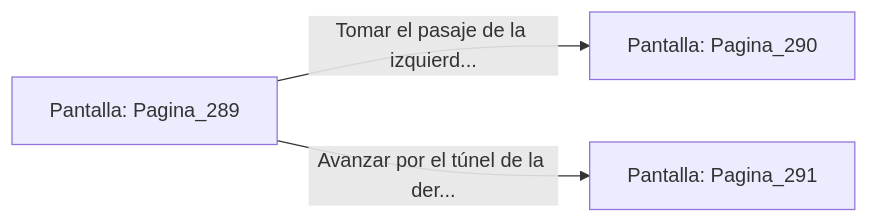
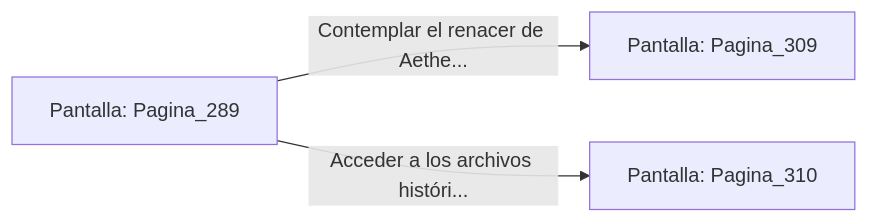
The diagram in sample/eligejuego-vault/Pantalla_Pagina_289.md (metsuke/mpl), drawn with Mermaid before and after one commit. The commit also changed other lines of this file and 635 other files, not shown here.

First line of the commit message:
fix: añadir Pagina_1 como pantalla inicial en capitulo_01.mpl

````diff
--- a/sample/eligejuego-vault/Pantalla_Pagina_289.md
+++ b/sample/eligejuego-vault/Pantalla_Pagina_289.md
@@ -20,6 +24,6 @@
 ```mermaid
 graph LR
     P_Pagina_289["Pantalla: Pagina_289"]
-    P_Pagina_289 -->|"Tomar el pasaje de la izquierd..."| P_Pagina_290["Pantalla: Pagina_290"]
-    P_Pagina_289 -->|"Avanzar por el túnel de la der..."| P_Pagina_291["Pantalla: Pagina_291"]
+    P_Pagina_289 -->|"Contemplar el renacer de Aethe..."| P_Pagina_309["Pantalla: Pagina_309"]
+    P_Pagina_289 -->|"Acceder a los archivos históri..."| P_Pagina_310["Pantalla: Pagina_310"]
 ```
````
